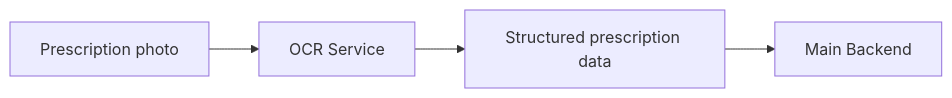
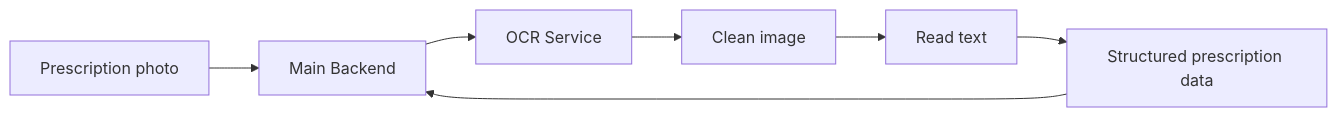
The diagram in docs/architectures/ocr.md (Choeng-Rayu/das-tern), drawn with Mermaid before and after one commit. The commit also changed other lines of this file and 11 other files, not shown here.

Commit message:
add add docs for architecture

````diff
--- a/docs/architectures/ocr.md
+++ b/docs/architectures/ocr.md
@@ -5,6 +3,9 @@
 ```mermaid
 flowchart LR
-    A[Prescription photo] --> B[OCR Service]
-    B --> C[Structured prescription data]
-    C --> D[Main Backend]
+    IMG[Prescription photo] --> BE[Main Backend]
+    BE --> OCR[OCR Service]
+    OCR --> PREP[Clean image]
+    PREP --> READ[Read text]
+    READ --> JSON[Structured prescription data]
+    JSON --> BE
 ```
````
